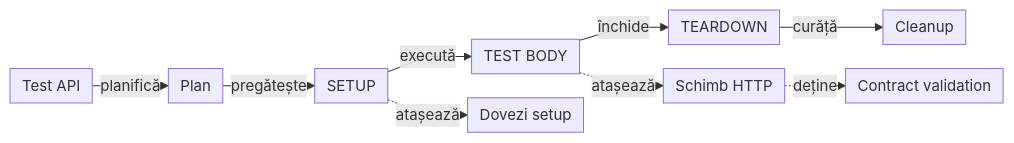
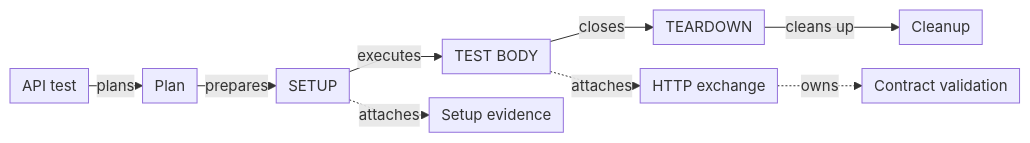
The diagram in docs/ATF_Api_Test_Guide.md (crististefanita/atf_j1), drawn with Mermaid before and after one commit. The commit also changed other lines of this file and 83 other files, not shown here.

````diff
--- a/docs/ATF_Api_Test_Guide.md
+++ b/docs/ATF_Api_Test_Guide.md
@@ -39,12 +40,12 @@
 ```mermaid
 %%{init: {"themeVariables":{"fontSize":"15px"},"themeCSS":".nodeLabel, .nodeLabel p { font-size: 15px !important; line-height: 1.35 !important; } .edgeLabel, .edgeLabel p { font-size: 12px !important; font-weight: 400 !important; line-height: 1.2 !important; } .edgeLabel .labelBkg, .edgeLabel p { background: transparent !important; } .edgeLabel foreignObject { transform: translateY(-18px); overflow: visible; } .node rect { rx: 6px; ry: 6px; }","flowchart":{"curve":"linear","nodeSpacing":24,"rankSpacing":16,"padding":6,"diagramPadding":20}}}%%
 flowchart LR
-    Test[Test API] -->|planifică| Plan["Plan"]
-    Plan -->|pregătește| Setup["SETUP"]
-    Setup -->|execută| Body[TEST BODY]
-    Body -->|închide| Teardown[TEARDOWN]
-    Teardown -->|curăță| Cleanup["Cleanup"]
-    Setup -. atașează .-> SetupRequest["Dovezi setup"]
-    Body -. atașează .-> BodyRequest["Schimb HTTP"]
-    BodyRequest -. deține .-> BodyValidation["Contract validation"]
+    Test[API test] -->|plans| Plan["Plan"]
+    Plan -->|prepares| Setup["SETUP"]
+    Setup -->|executes| Body[TEST BODY]
+    Body -->|closes| Teardown[TEARDOWN]
+    Teardown -->|cleans up| Cleanup["Cleanup"]
+    Setup -. attaches .-> SetupRequest["Setup evidence"]
+    Body -. attaches .-> BodyRequest["HTTP exchange"]
+    BodyRequest -. owns .-> BodyValidation["Contract validation"]
 ```
````
